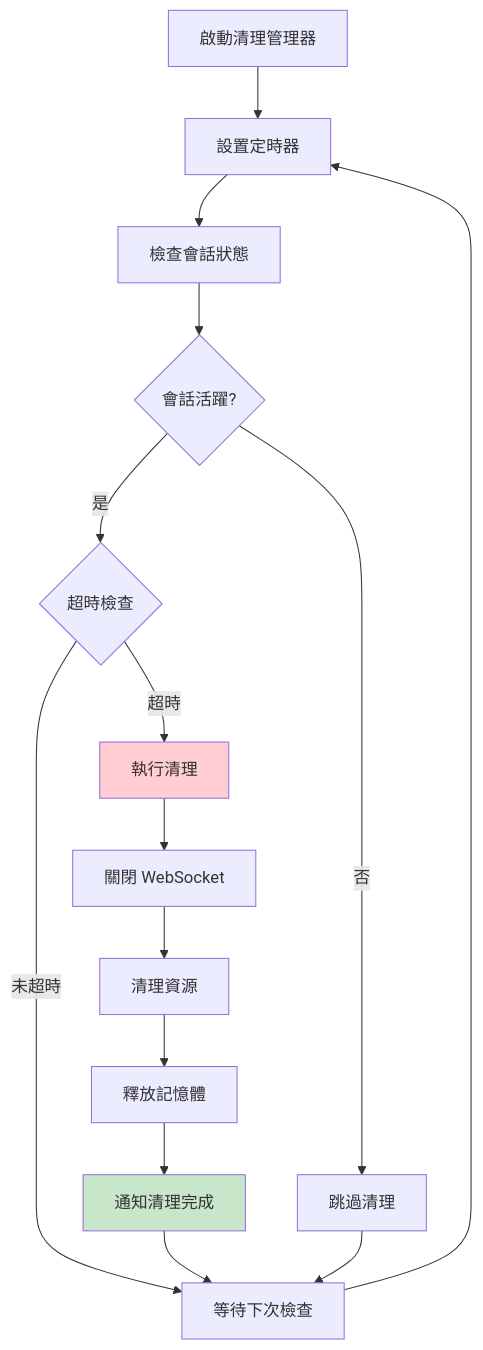
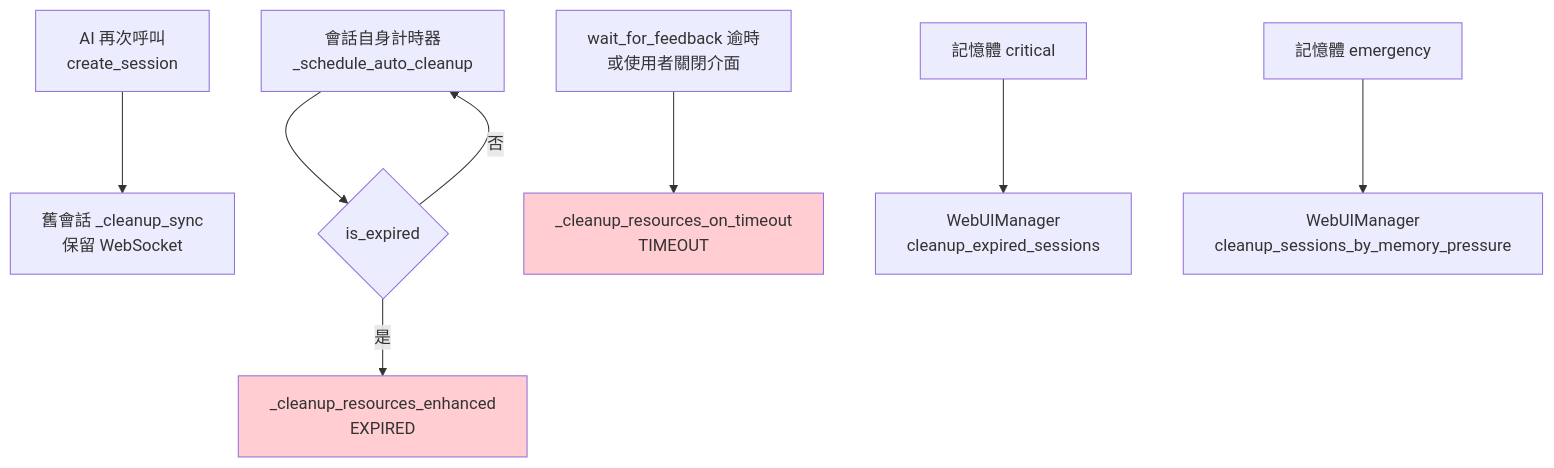
Diagram 12 of 12 in docs/architecture/component-details.md (CloudEngineHub/mcp-feedback-enhanced), drawn with Mermaid before and after one commit. The commit also changed other lines of this file, not shown here.

````diff
--- a/docs/architecture/component-details.md
+++ b/docs/architecture/component-details.md
@@ -1248,20 +1105,13 @@
 ```mermaid
 graph TD
-    START[啟動清理管理器] --> TIMER[設置定時器]
-    TIMER --> CHECK[檢查會話狀態]
-    CHECK --> ACTIVE{會話活躍?}
-    ACTIVE -->|是| TIMEOUT{超時檢查}
-    ACTIVE -->|否| SKIP[跳過清理]
-    TIMEOUT -->|超時| CLEANUP[執行清理]
-    TIMEOUT -->|未超時| WAIT[等待下次檢查]
-    CLEANUP --> WEBSOCKET[關閉 WebSocket]
-    WEBSOCKET --> RESOURCES[清理資源]
-    RESOURCES --> MEMORY[釋放記憶體]
-    MEMORY --> NOTIFY[通知清理完成]
-    NOTIFY --> WAIT
-    SKIP --> WAIT
-    WAIT --> TIMER
+    NEW[AI 再次呼叫<br/>create_session] --> SYNC[舊會話 _cleanup_sync<br/>保留 WebSocket]
+    TIMER[會話自身計時器<br/>_schedule_auto_cleanup] --> EXPIRED{is_expired}
+    EXPIRED -->|是| ENHANCED[_cleanup_resources_enhanced<br/>EXPIRED]
+    EXPIRED -->|否| TIMER
+    WAIT[wait_for_feedback 逾時<br/>或使用者關閉介面] --> TIMEOUT_CLEAN[_cleanup_resources_on_timeout<br/>TIMEOUT]
+    MEM_CRIT[記憶體 critical] --> EXP_ALL[WebUIManager<br/>cleanup_expired_sessions]
+    MEM_EMER[記憶體 emergency] --> PRESSURE[WebUIManager<br/>cleanup_sessions_by_memory_pressure]
 
-    style CLEANUP fill:#ffcdd2
-    style NOTIFY fill:#c8e6c9
+    style ENHANCED fill:#ffcdd2
+    style TIMEOUT_CLEAN fill:#ffcdd2
 ```
````
